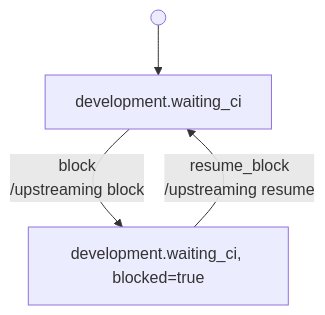
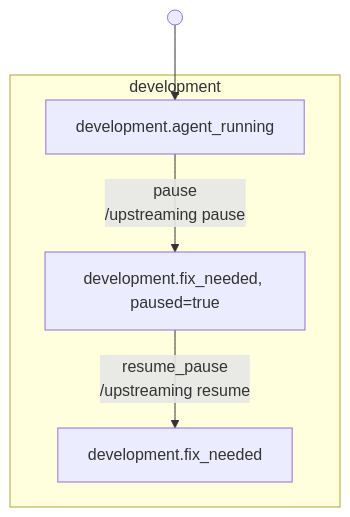
Before and after one commit to riseproject-dev/porting-agent: diagram 14 of 30 in docs/state-machine/index.md, drawn with Mermaid. The commit also changed other lines of this file and 9 other files, not shown here.

````diff
--- a/docs/state-machine/index.md
+++ b/docs/state-machine/index.md
@@ -470,9 +452,12 @@
 ```mermaid
 flowchart TB
-    active["development.waiting_ci"]
-    blocked["development.waiting_ci, blocked=true"]
+    subgraph development["development"]
+        development_agent_running["development.agent_running"]
+        development_fix_needed_paused["development.fix_needed, paused=true"]
+        development_fix_needed["development.fix_needed"]
+    end
 
-    start_1(( )) --> active
-    active -->|block<br/>/upstreaming block| blocked
-    blocked -->|resume_block<br/>/upstreaming resume| active
+    start_1(( )) --> development_agent_running
+    development_agent_running -->|pause<br/>/upstreaming pause| development_fix_needed_paused
+    development_fix_needed_paused -->|resume_pause<br/>/upstreaming resume| development_fix_needed
 ```
````
